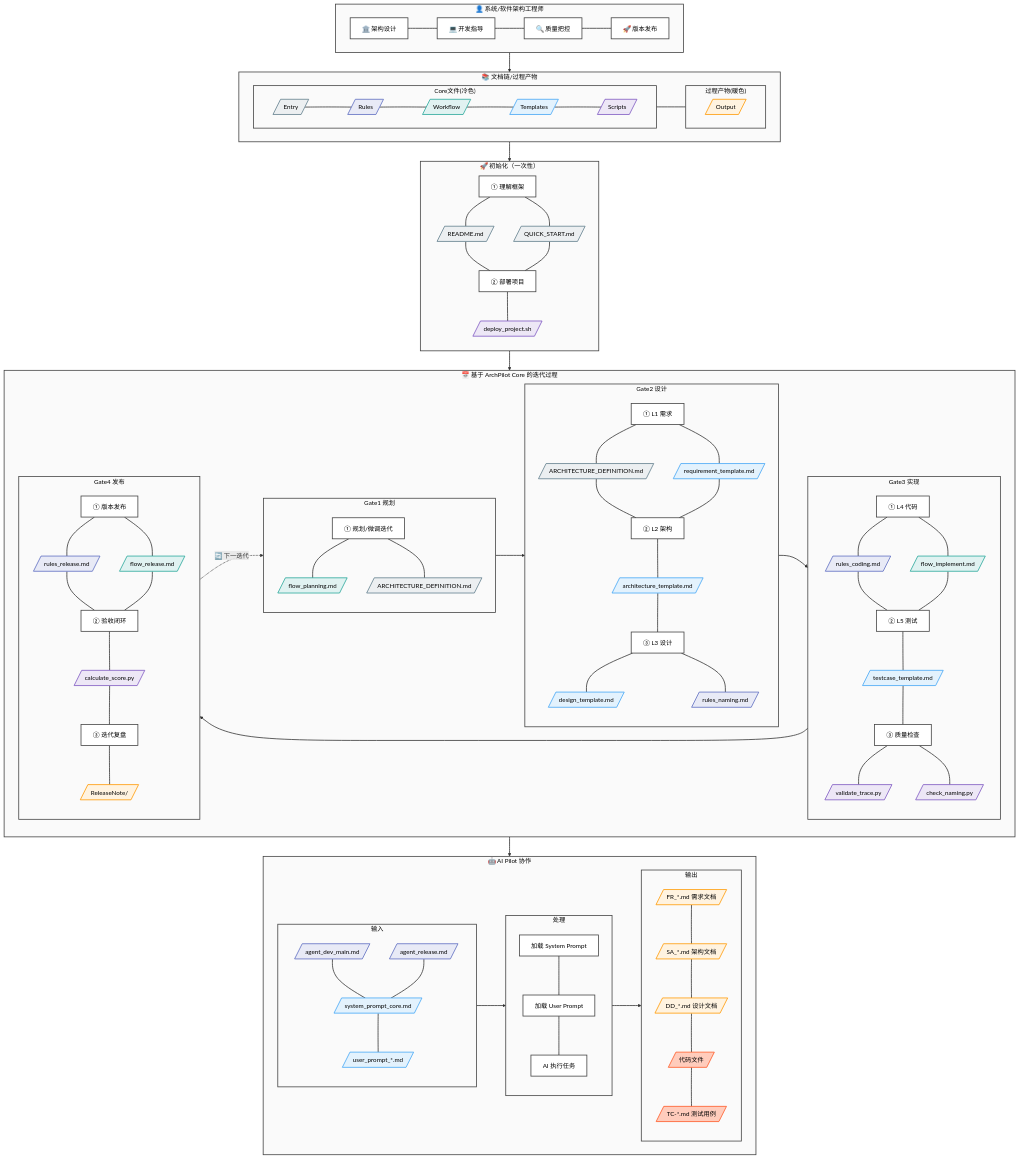
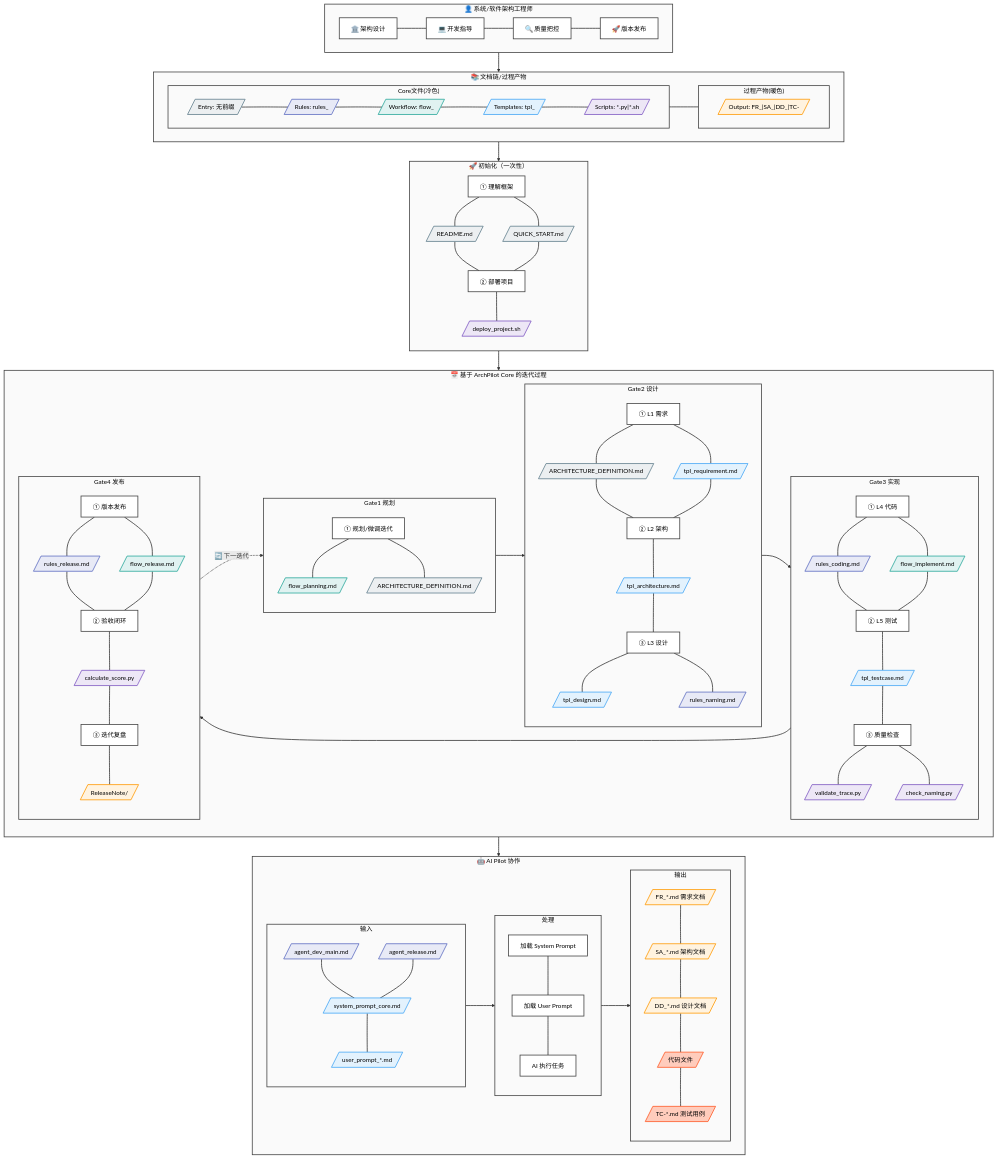
The diagram in Governance/PILOT_GLOBAL_FLOW.mmd (lukagithub/archpilot_core), drawn with Mermaid before and after one commit. The commit also changed 19 other files, not shown here.

```diff
--- a/Governance/PILOT_GLOBAL_FLOW.mmd
+++ b/Governance/PILOT_GLOBAL_FLOW.mmd
@@ -16,11 +16,11 @@
         direction LR
         subgraph LG1["Core文件(冷色)"]
             direction LR
-            L1[/"Entry"/] ~~~ L2[/"Rules"/] ~~~ L3[/"Workflow"/] ~~~ L4[/"Templates"/] ~~~ L5[/"Scripts"/]
+            L1[/"Entry: 无前缀"/] ~~~ L2[/"Rules: rules_"/] ~~~ L3[/"Workflow: flow_"/] ~~~ L4[/"Templates: tpl_"/] ~~~ L5[/"Scripts: *.py|*.sh"/]
         end
         subgraph LG2["过程产物(暖色)"]
             direction LR
-            L6[/"Output"/]
+            L6[/"Output: FR_|SA_|DD_|TC-"/]
         end
         LG1 ~~~ LG2
     end
@@ -54,11 +54,11 @@
             direction TB
             P2_S["① L1 需求"]
             P2_D1[/"ARCHITECTURE_DEFINITION.md"/]
-            P2_D2[/"requirement_template.md"/]
+            P2_D2[/"tpl_requirement.md"/]
             P2_M["② L2 架构"]
-            P2_D3[/"architecture_template.md"/]
+            P2_D3[/"tpl_architecture.md"/]
             P2_E["③ L3 设计"]
-            P2_D4[/"design_template.md"/]
+            P2_D4[/"tpl_design.md"/]
             P2_D5[/"rules_naming.md"/]
             P2_S --- P2_D1 & P2_D2
             P2_D1 & P2_D2 --- P2_M
@@ -73,7 +73,7 @@
             P3_D1[/"rules_coding.md"/]
             P3_D2[/"flow_implement.md"/]
             P3_M["② L5 测试"]
-            P3_D3[/"testcase_template.md"/]
+            P3_D3[/"tpl_testcase.md"/]
             P3_E["③ 质量检查"]
             P3_D4[/"validate_trace.py"/]
             P3_D5[/"check_naming.py"/]
```
